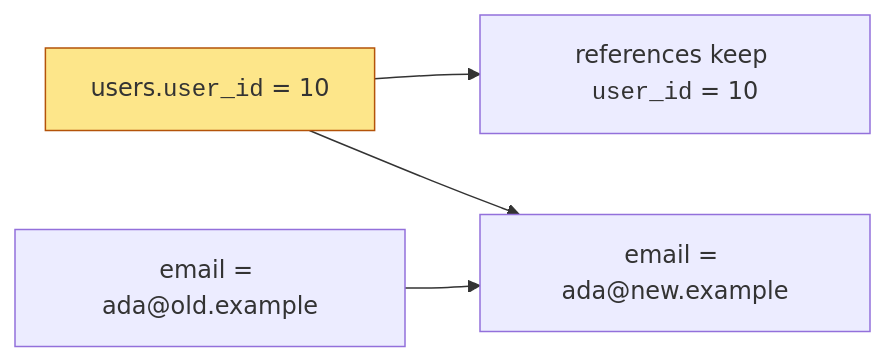
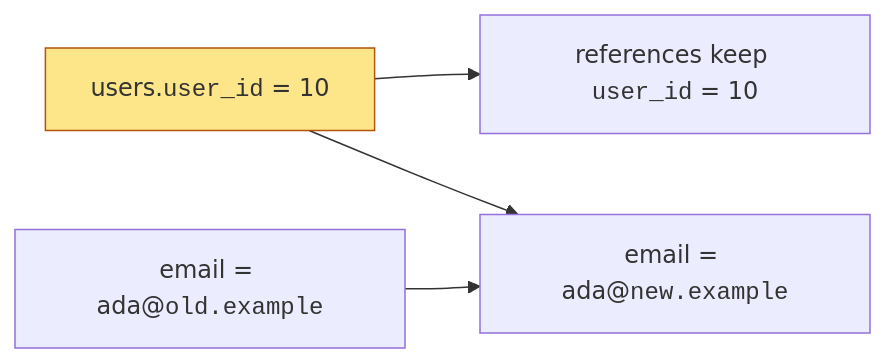
One commit to dataslope/dataslope changed the fifth of 7 diagrams in content/learn/database-design-postgresql/natural-vs-surrogate-keys.mdx. Above: the diagram before and after it, drawn with Mermaid. The commit also changed other lines of this file and 100 other files, not shown here.

First line of the commit message:
Wrap more code in diagram labels: filenames, hex, assignments, subgraph titles

````diff
--- a/content/learn/database-design-postgresql/natural-vs-surrogate-keys.mdx
+++ b/content/learn/database-design-postgresql/natural-vs-surrogate-keys.mdx
@@ -159,7 +159,7 @@
 ```mermaid
 flowchart LR
     ID["users.<code>user_id</code> = 10"]:::pk --> R["references keep <code>user_id</code> = 10"]
-    E1["email = ada@old.example"] --> E2["email = ada@new.example"]
+    E1["email = ada@<code>old.example</code>"] --> E2["email = ada@<code>new.example</code>"]
     ID --> E2
     classDef pk fill:#fde68a,stroke:#b45309
 ```
````
